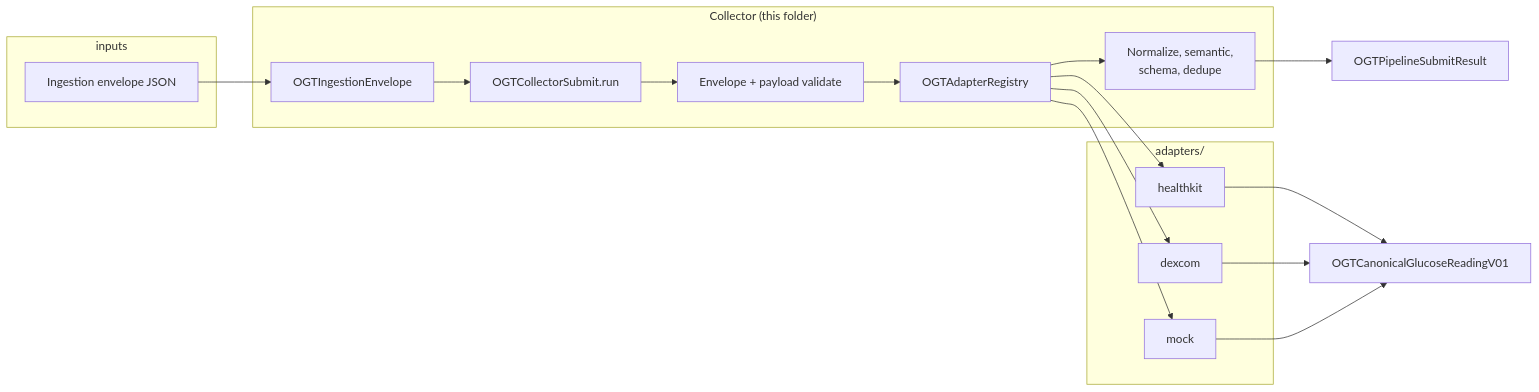
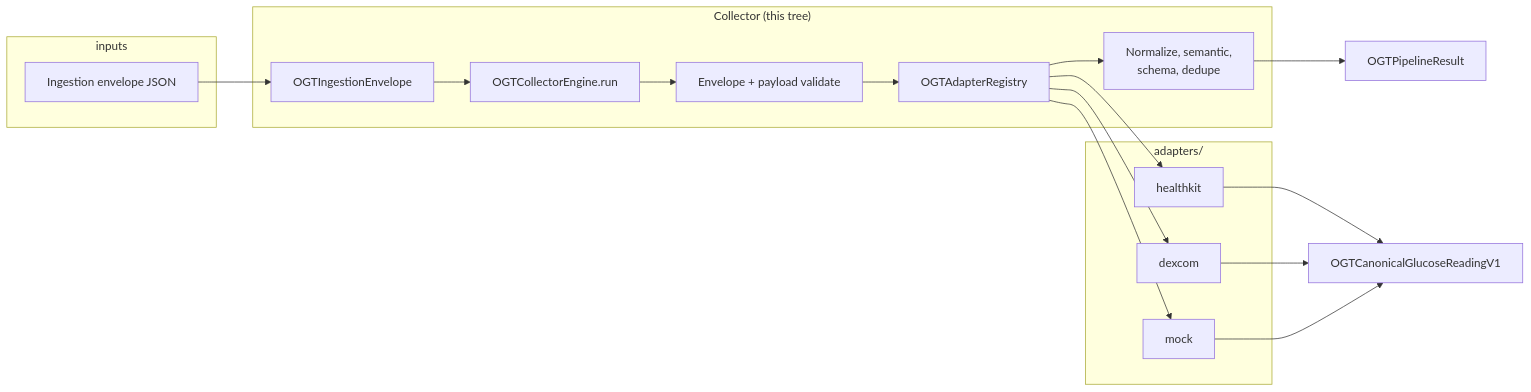
The diagram in runtimes/swift/Sources/OpenGlucoseTelemetryRuntime/collectors/README.md (peterlandis/OpenGlucoseTelemetry), drawn with Mermaid before and after one commit. The commit also changed other lines of this file and 64 other files, not shown here.

````diff
--- a/runtimes/swift/Sources/OpenGlucoseTelemetryRuntime/collectors/README.md
+++ b/runtimes/swift/Sources/OpenGlucoseTelemetryRuntime/collectors/README.md
@@ -7,30 +7,30 @@
 ```mermaid
 flowchart LR
   subgraph inputs
     JSON["Ingestion envelope JSON"]
   end
-  subgraph collectors_collector["Collector (this folder)"]
+  subgraph collectors_collector["Collector (this tree)"]
     Env["OGTIngestionEnvelope"]
-    Submit["OGTCollectorSubmit.run"]
+    Submit["OGTCollectorEngine.run"]
     Val["Envelope + payload validate"]
     Reg["OGTAdapterRegistry"]
     Post["Normalize, semantic,\nschema, dedupe"]
     Submit --> Val
     Val --> Reg
     Reg --> Post
   end
   subgraph adapters_pkg["adapters/"]
     A1["healthkit"]
     A2["dexcom"]
     A3["mock"]
   end
   JSON --> Env
   Env --> Submit
   Reg --> A1
   Reg --> A2
   Reg --> A3
-  A1 --> Out["OGTCanonicalGlucoseReadingV01"]
+  A1 --> Out["OGTCanonicalGlucoseReadingV1"]
   A2 --> Out
   A3 --> Out
-  Post --> Result["OGTPipelineSubmitResult"]
+  Post --> Result["OGTPipelineResult"]
 ```
````
